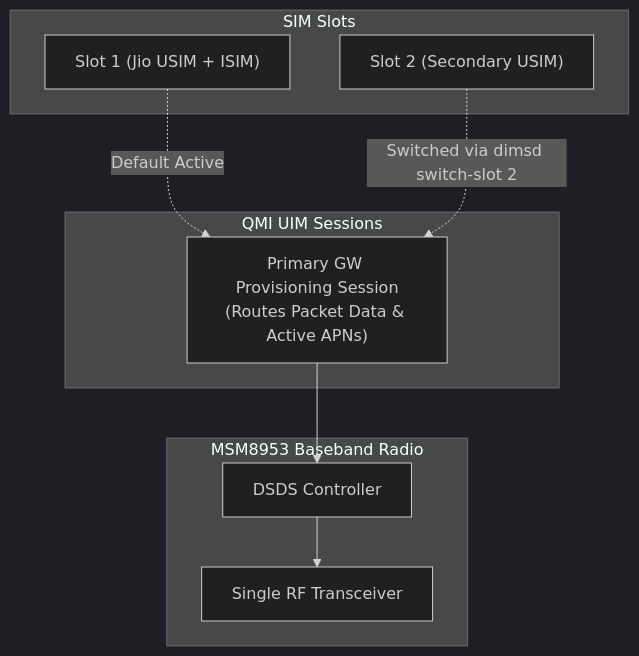
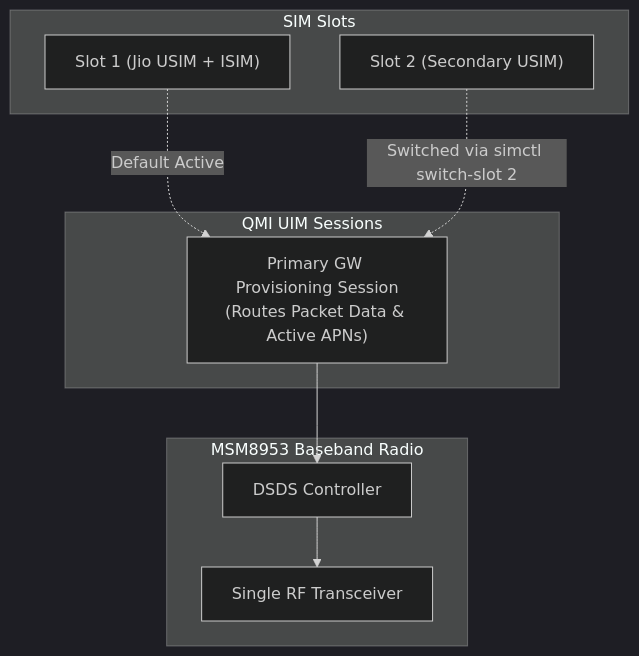
One commit to munendra-kondeti/simctl changed the diagram in docs/USER_GUIDE.md. Above: the diagram before and after it, drawn with Mermaid (dark theme). The commit also changed other lines of this file and 13 other files, not shown here.

First line of the commit message:
feat: rename project to simctl and add switch-slot inspection with suggestions

````diff
--- a/docs/USER_GUIDE.md
+++ b/docs/USER_GUIDE.md
@@ -57,20 +56,20 @@
 ```mermaid
 flowchart TD
     subgraph MSM8953 Baseband Radio
         DSDS[DSDS Controller]
         RF[Single RF Transceiver]
     end
 
     subgraph SIM Slots
         S1["Slot 1 (Jio USIM + ISIM)"]
         S2["Slot 2 (Secondary USIM)"]
     end
 
     subgraph QMI UIM Sessions
         PGW["Primary GW Provisioning Session<br/>(Routes Packet Data & Active APNs)"]
     end
 
     S1 -.->|Default Active| PGW
-    S2 -.->|Switched via dimsd switch-slot 2| PGW
+    S2 -.->|Switched via simctl switch-slot 2| PGW
     PGW --> DSDS --> RF
 ```
````
